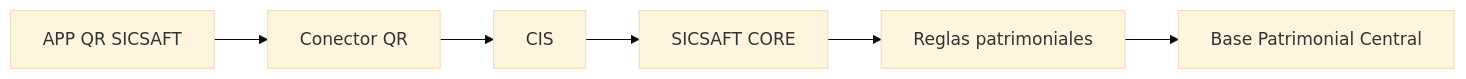
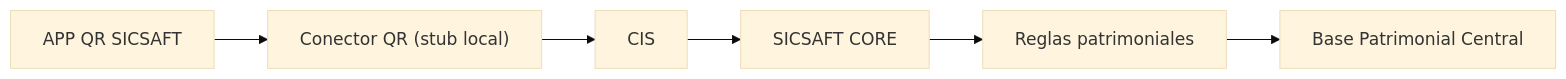
The diagram in app-qr-sicsaft/HANDOFF-APP-QR-SICSAFT.md (jhonabruzzi278/SICSAFT), drawn with Mermaid (base theme) before and after one commit. The commit also changed other lines of this file and 2 other files, not shown here.

````diff
--- a/app-qr-sicsaft/HANDOFF-APP-QR-SICSAFT.md
+++ b/app-qr-sicsaft/HANDOFF-APP-QR-SICSAFT.md
@@ -19,8 +19,8 @@
 ```mermaid
 flowchart LR
-    App["APP QR SICSAFT"] --> Connector["Conector QR"]
+    App["APP QR SICSAFT"] --> Connector["Conector QR (stub local)"]
     Connector --> CIS["CIS"]
     CIS --> Core["SICSAFT CORE"]
     Core --> Rules["Reglas patrimoniales"]
     Rules --> Database["Base Patrimonial Central"]
 ```
````
